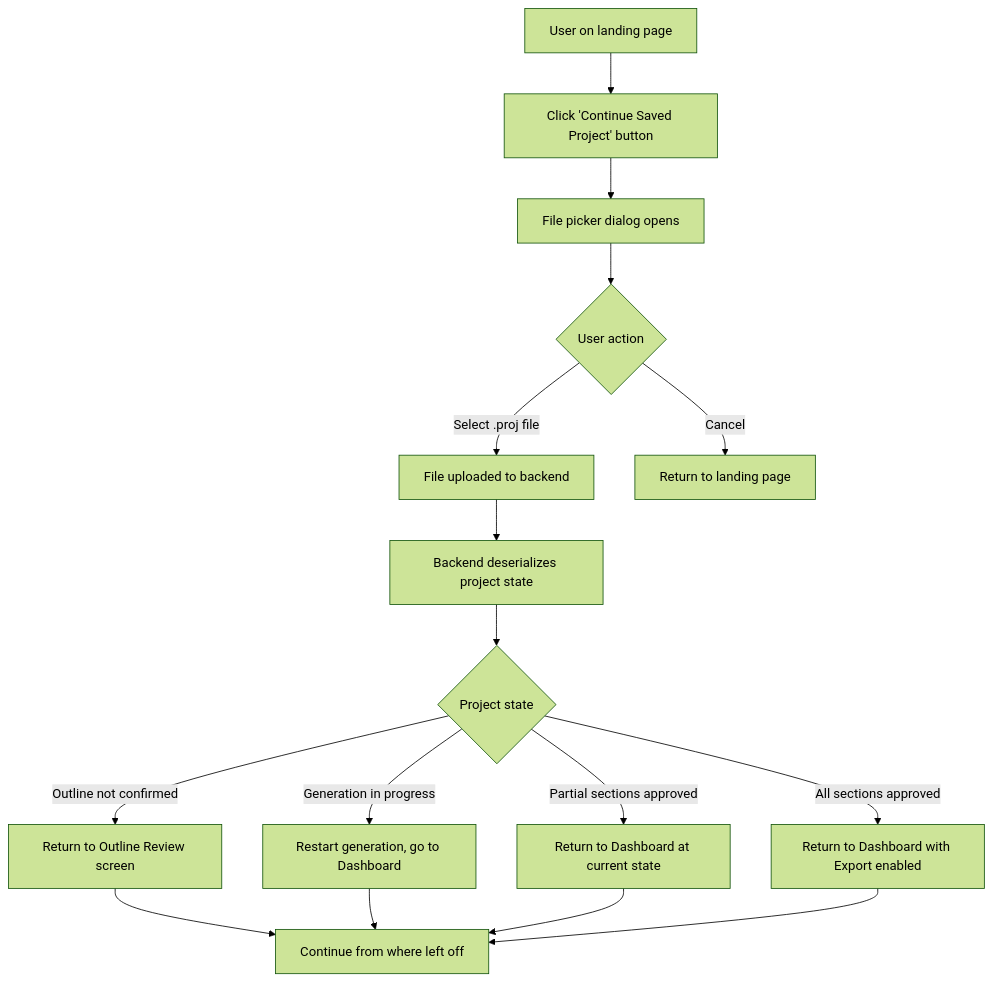
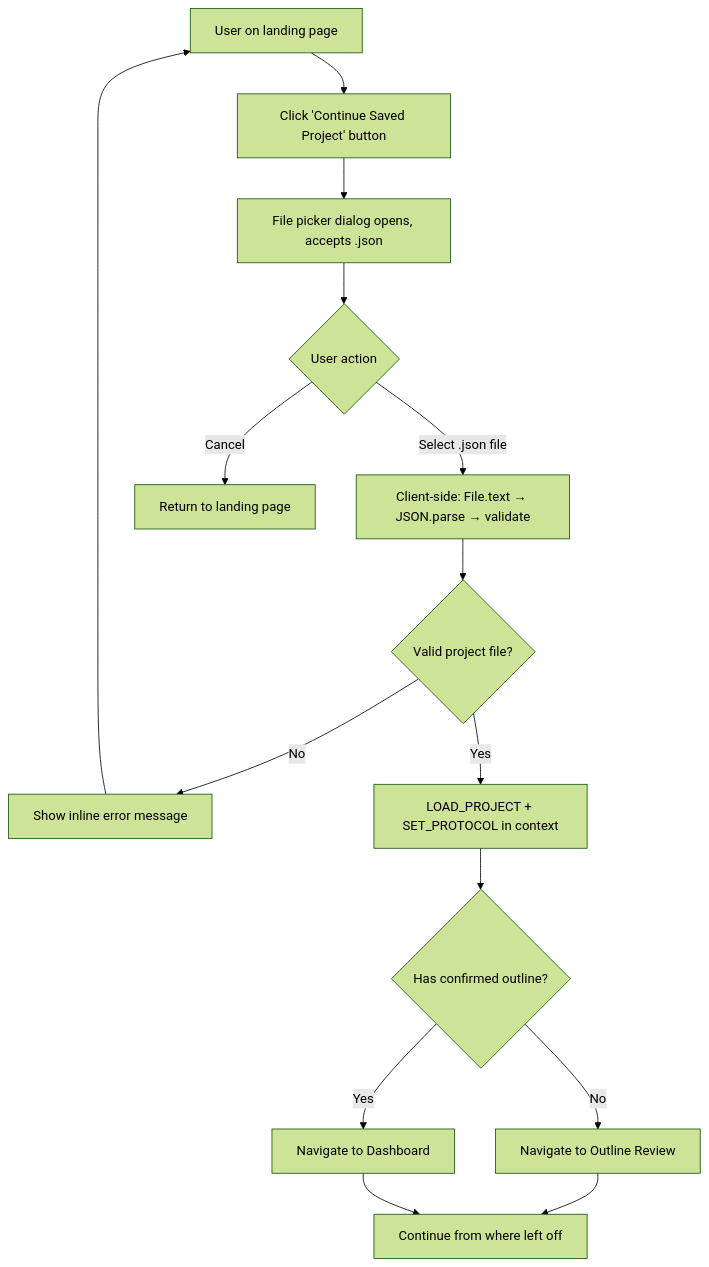
Before and after one commit to mdean77a/bad-simple-app: the second of 3 diagrams in _bmad-output/planning-artifacts/ux-design-specification.md, drawn with Mermaid (forest theme). The commit also changed other lines of this file and 2 other files, not shown here.

First line of the commit message:
docs: Update planning docs (PRD, architecture, UX design) to match implementation

````diff
--- a/_bmad-output/planning-artifacts/ux-design-specification.md
+++ b/_bmad-output/planning-artifacts/ux-design-specification.md
@@ -547,20 +550,19 @@
 ```mermaid
 flowchart TD
     A[User on landing page] --> B[Click 'Continue Saved Project' button]
-    B --> C[File picker dialog opens]
+    B --> C[File picker dialog opens, accepts .json]
     C --> D{User action}
-    D -->|Select .proj file| E[File uploaded to backend]
+    D -->|Select .json file| E[Client-side: File.text → JSON.parse → validate]
     D -->|Cancel| F[Return to landing page]
-    E --> G[Backend deserializes project state]
-    G --> H{Project state}
+    E --> G{Valid project file?}
+    G -->|No| H[Show inline error message]
+    H --> A
+    G -->|Yes| I[LOAD_PROJECT + SET_PROTOCOL in context]
+    I --> J{Has confirmed outline?}
 
-    H -->|Outline not confirmed| I[Return to Outline Review screen]
-    H -->|Generation in progress| J[Restart generation, go to Dashboard]
-    H -->|Partial sections approved| K[Return to Dashboard at current state]
-    H -->|All sections approved| L[Return to Dashboard with Export enabled]
+    J -->|No| K[Navigate to Outline Review]
+    J -->|Yes| L[Navigate to Dashboard]
 
-    I --> M[Continue from where left off]
-    J --> M
-    K --> M
+    K --> M[Continue from where left off]
     L --> M
 ```
````
